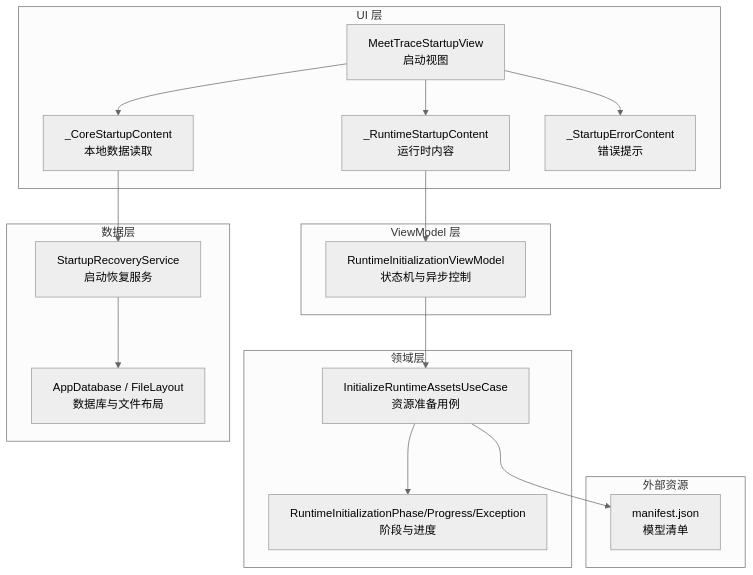
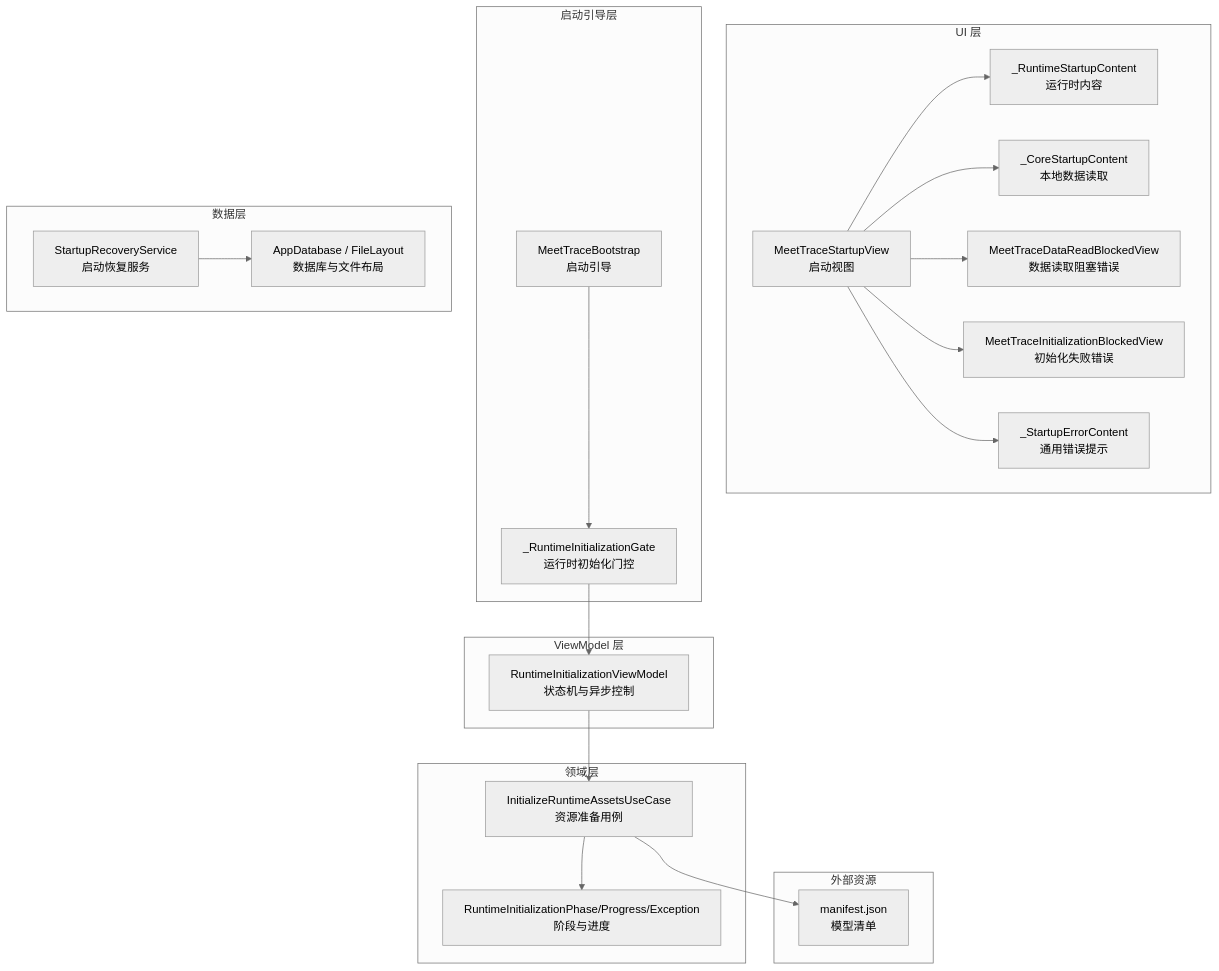
Before and after one commit to zhangheng2022/meet_trace: the first of 8 diagrams in .qoder/repowiki/zh/content/用户界面组件/主要视图组件/启动视图.md, drawn with Mermaid (neutral theme). The commit also changed other lines of this file and 220 other files, not shown here.

````diff
--- a/.qoder/repowiki/zh/content/用户界面组件/主要视图组件/启动视图.md
+++ b/.qoder/repowiki/zh/content/用户界面组件/主要视图组件/启动视图.md
@@ -35,32 +47,40 @@
 ```mermaid
 graph TB
 subgraph "UI 层"
 A["MeetTraceStartupView<br/>启动视图"]
 B["_RuntimeStartupContent<br/>运行时内容"]
 C["_CoreStartupContent<br/>本地数据读取"]
-D["_StartupErrorContent<br/>错误提示"]
+D["MeetTraceDataReadBlockedView<br/>数据读取阻塞错误"]
+E["MeetTraceInitializationBlockedView<br/>初始化失败错误"]
+F["_StartupErrorContent<br/>通用错误提示"]
+end
+subgraph "启动引导层"
+G["MeetTraceBootstrap<br/>启动引导"]
+H["_RuntimeInitializationGate<br/>运行时初始化门控"]
 end
 subgraph "ViewModel 层"
-E["RuntimeInitializationViewModel<br/>状态机与异步控制"]
+I["RuntimeInitializationViewModel<br/>状态机与异步控制"]
 end
 subgraph "领域层"
-F["RuntimeInitializationPhase/Progress/Exception<br/>阶段与进度"]
-G["InitializeRuntimeAssetsUseCase<br/>资源准备用例"]
+J["RuntimeInitializationPhase/Progress/Exception<br/>阶段与进度"]
+K["InitializeRuntimeAssetsUseCase<br/>资源准备用例"]
 end
 subgraph "数据层"
-H["StartupRecoveryService<br/>启动恢复服务"]
-I["AppDatabase / FileLayout<br/>数据库与文件布局"]
+L["StartupRecoveryService<br/>启动恢复服务"]
+M["AppDatabase / FileLayout<br/>数据库与文件布局"]
 end
 subgraph "外部资源"
-J["manifest.json<br/>模型清单"]
+N["manifest.json<br/>模型清单"]
 end
 A --> B
 A --> C
 A --> D
-B --> E
-C --> H
-E --> G
-G --> F
+A --> E
+A --> F
+G --> H
 H --> I
-G --> J
+I --> K
+K --> J
+L --> M
+K --> N
 ```
````
